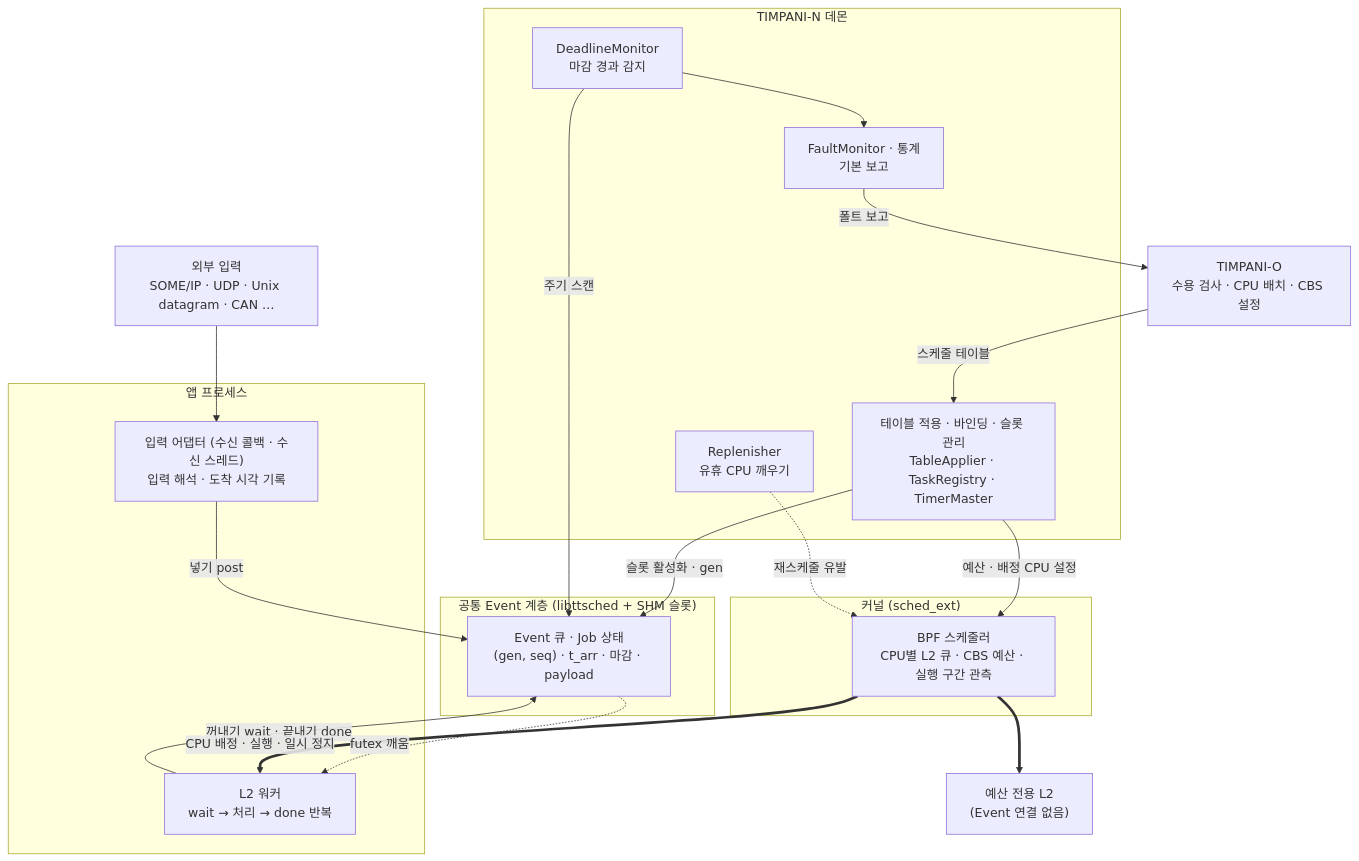
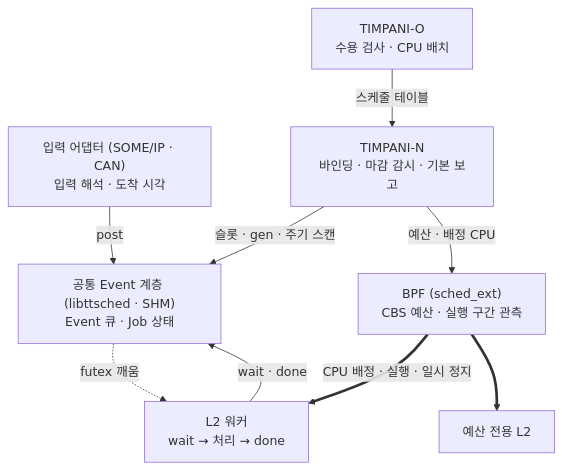
Before and after one commit to akshayg0314/timpani26: the first of 2 diagrams in doc/design/kor/OVERVIEW-008-event-driven-workload-support.md, drawn with Mermaid. The commit also changed other lines of this file and 1 other file, not shown here.

````diff
--- a/doc/design/kor/OVERVIEW-008-event-driven-workload-support.md
+++ b/doc/design/kor/OVERVIEW-008-event-driven-workload-support.md
@@ -168,43 +124,18 @@
 ```mermaid
 flowchart TB
-    IN["외부 입력<br/>SOME/IP · UDP · Unix datagram · CAN …"]
-
-    subgraph APP["앱 프로세스"]
-        A["입력 어댑터 (수신 콜백 · 수신 스레드)<br/>입력 해석 · 도착 시각 기록"]
-        W["L2 워커<br/>wait → 처리 → done 반복"]
-    end
-
-    subgraph EVT["공통 Event 계층 (libttsched + SHM 슬롯)"]
-        Q["Event 큐 · Job 상태<br/>(gen, seq) · t_arr · 마감 · payload"]
-    end
-
-    subgraph TN["TIMPANI-N 데몬"]
-        TM["테이블 적용 · 바인딩 · 슬롯 관리<br/>TableApplier · TaskRegistry · TimerMaster"]
-        DM["DeadlineMonitor<br/>마감 경과 감지"]
-        RP["Replenisher<br/>유휴 CPU 깨우기"]
-        FM["FaultMonitor · 통계<br/>기본 보고"]
-    end
-
-    subgraph KER["커널 (sched_ext)"]
-        B["BPF 스케줄러<br/>CPU별 L2 큐 · CBS 예산 · 실행 구간 관측"]
-    end
-
-    O["TIMPANI-O<br/>수용 검사 · CPU 배치 · CBS 설정"]
-    K["예산 전용 L2<br/>(Event 연결 없음)"]
-
-    IN --> A
-    A -->|"넣기 post"| Q
-    W -->|"꺼내기 wait · 끝내기 done"| Q
+    A["입력 어댑터 (SOME/IP · CAN)<br/>입력 해석 · 도착 시각"]
+    W["L2 워커<br/>wait → 처리 → done"]
+    Q["공통 Event 계층 (libttsched · SHM)<br/>Event 큐 · Job 상태"]
+    TO["TIMPANI-O<br/>수용 검사 · CPU 배치"]
+    TN["TIMPANI-N<br/>바인딩 · 마감 감시 · 기본 보고"]
+    B["BPF (sched_ext)<br/>CBS 예산 · 실행 구간 관측"]
+    K["예산 전용 L2"]
+    A -->|"post"| Q
+    W -->|"wait · done"| Q
     Q -.->|"futex 깨움"| W
-
-    O -->|"스케줄 테이블"| TM
-    TM -->|"슬롯 활성화 · gen"| Q
-    TM -->|"예산 · 배정 CPU 설정"| B
-    RP -.->|"재스케줄 유발"| B
-    DM -->|"주기 스캔"| Q
-    DM --> FM
-    FM -->|"폴트 보고"| O
-
+    TO -->|"스케줄 테이블"| TN
+    TN -->|"슬롯 · gen · 주기 스캔"| Q
+    TN -->|"예산 · 배정 CPU"| B
     B ==>|"CPU 배정 · 실행 · 일시 정지"| W
     B ==> K
 ```
````
